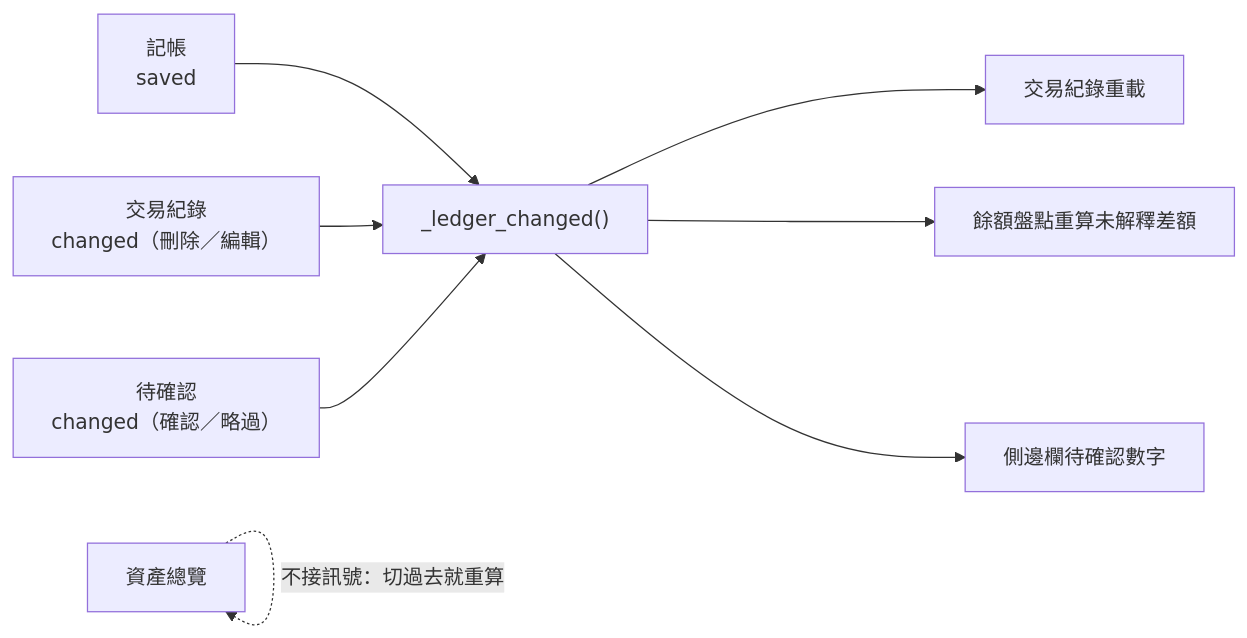
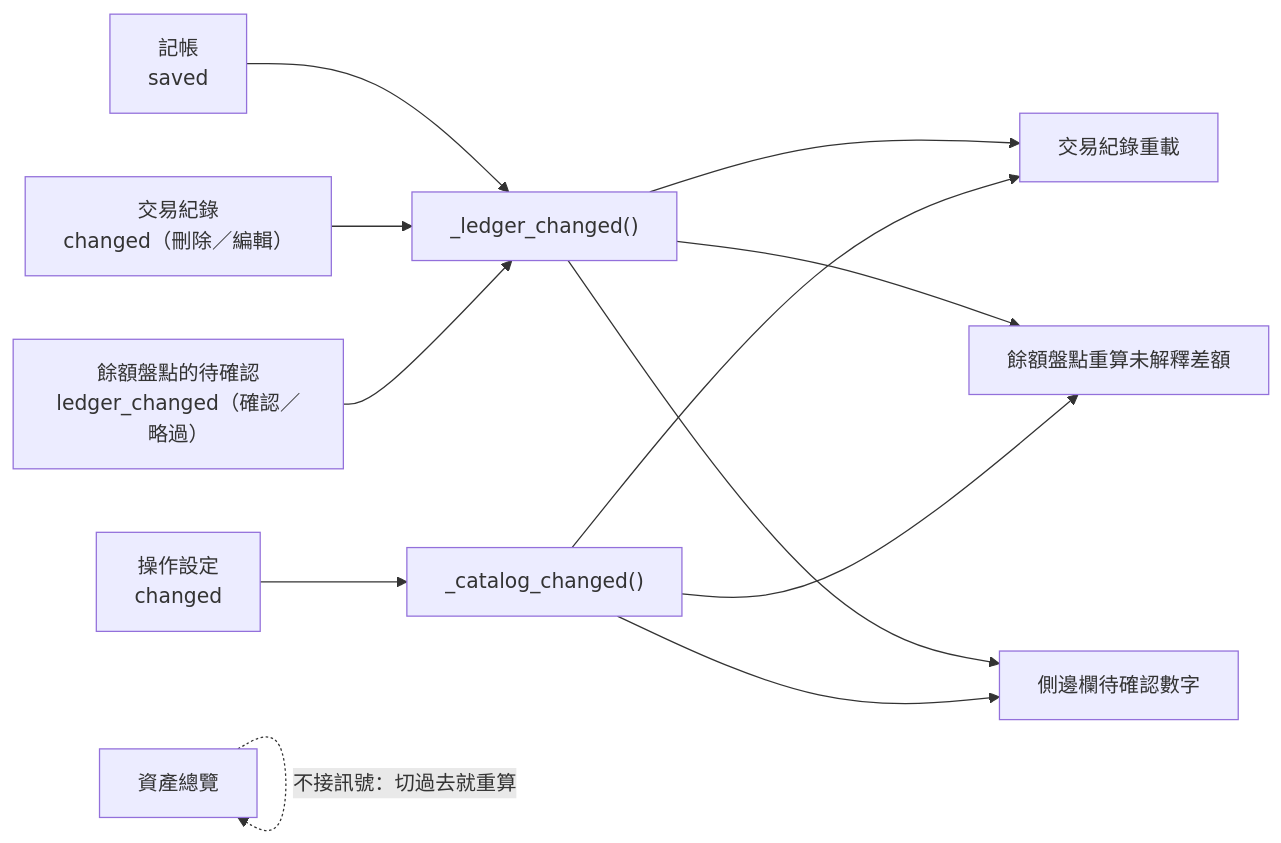
The third of 3 diagrams in docs/architecture/ui-workflows.md (SpringRain555/tagcor-ledger), drawn with Mermaid before and after one commit. The commit also changed other lines of this file and 23 other files, not shown here.

````diff
--- a/docs/architecture/ui-workflows.md
+++ b/docs/architecture/ui-workflows.md
@@ -296,10 +298,14 @@
 ```mermaid
 flowchart LR
     ENTRY["記帳<br/>saved"] --> LC
     TX["交易紀錄<br/>changed（刪除／編輯）"] --> LC
-    INBOX["待確認<br/>changed（確認／略過）"] --> LC
+    INBOX["餘額盤點的待確認<br/>ledger_changed（確認／略過）"] --> LC
     LC["_ledger_changed()"] --> TXR["交易紀錄重載"]
     LC --> BAL["餘額盤點重算未解釋差額"]
     LC --> BADGE["側邊欄待確認數字"]
+    OS["操作設定<br/>changed"] --> CC["_catalog_changed()"]
+    CC --> TXR
+    CC --> BAL
+    CC --> BADGE
     OV["資產總覽"] -.->|不接訊號：切過去就重算| OV
 ```
````
